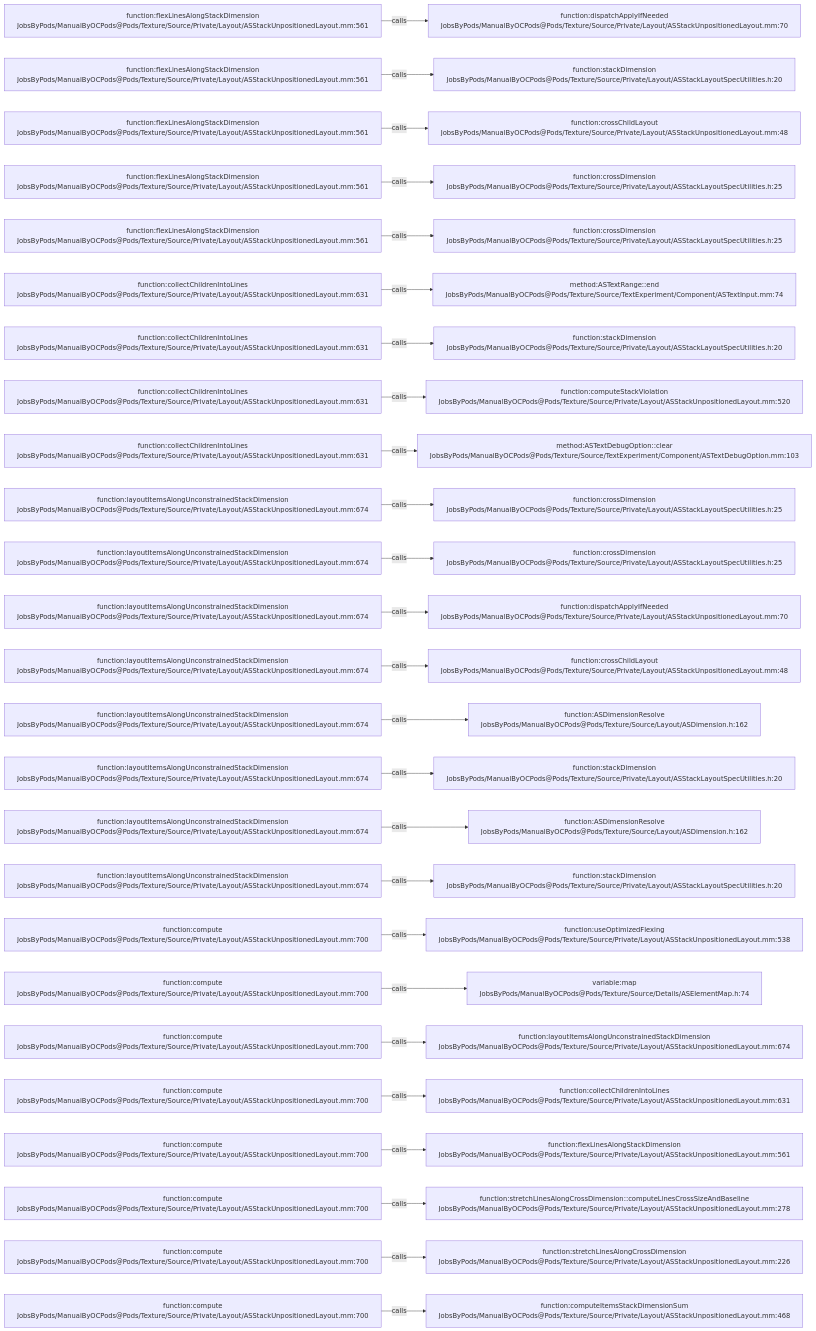
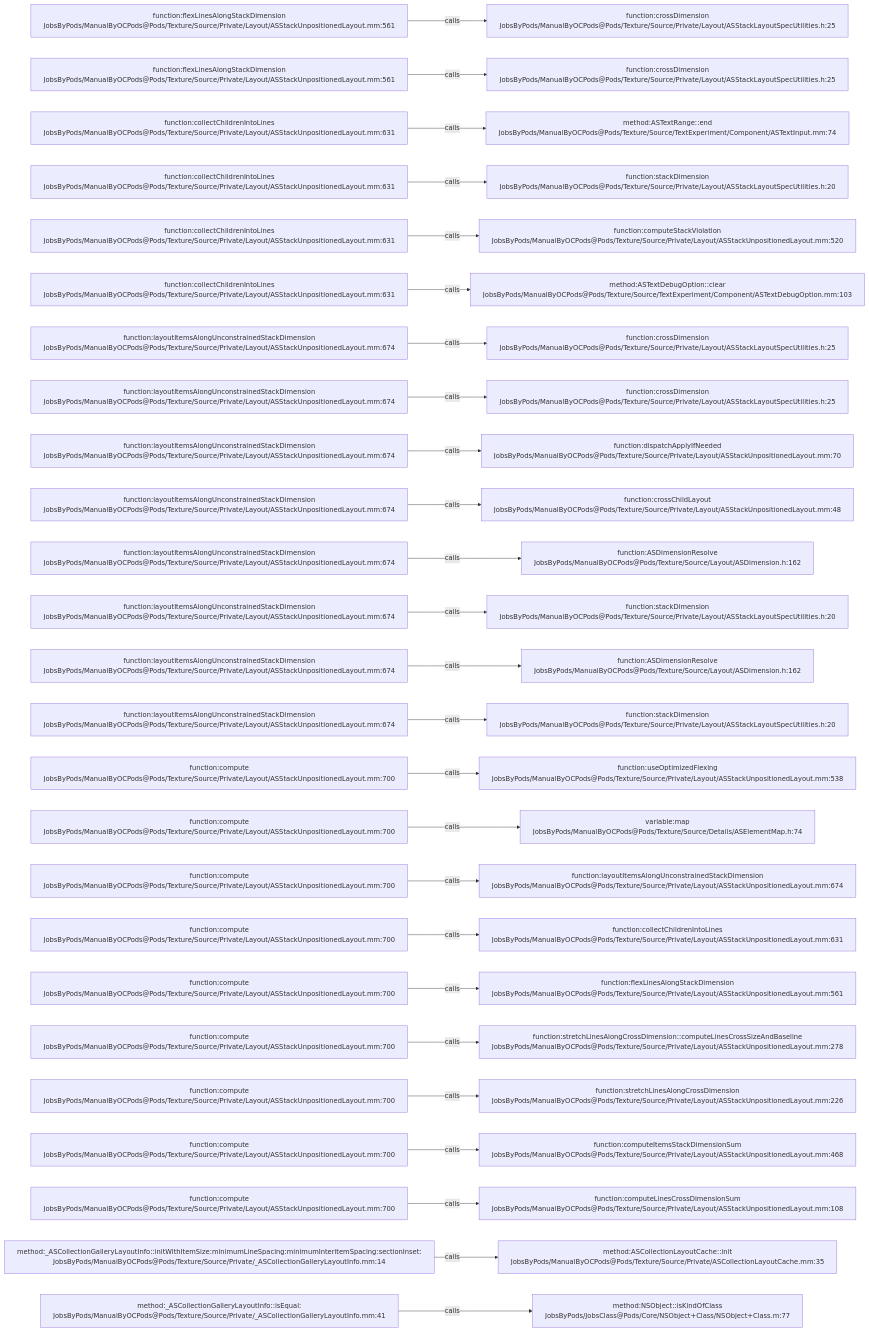
The diagram in .codegraph/codegraph.md/graphs/calls-198.md (JobsKits/JobsOCBaseConfigDemo), drawn with Mermaid before and after one commit. The commit also changed 342 other files, not shown here.

````diff
--- a/.codegraph/codegraph.md/graphs/calls-198.md
+++ b/.codegraph/codegraph.md/graphs/calls-198.md
@@ -13,78 +13,78 @@
 ```mermaid
 flowchart LR
   S1["function:flexLinesAlongStackDimension<br/>JobsByPods/ManualByOCPods@Pods/Texture/Source/Private/Layout/ASStackUnpositionedLayout.mm:561"]
-  T1["function:dispatchApplyIfNeeded<br/>JobsByPods/ManualByOCPods@Pods/Texture/Source/Private/Layout/ASStackUnpositionedLayout.mm:70"]
+  T1["function:crossDimension<br/>JobsByPods/ManualByOCPods@Pods/Texture/Source/Private/Layout/ASStackLayoutSpecUtilities.h:25"]
   S1 -->|calls| T1
   S2["function:flexLinesAlongStackDimension<br/>JobsByPods/ManualByOCPods@Pods/Texture/Source/Private/Layout/ASStackUnpositionedLayout.mm:561"]
-  T2["function:stackDimension<br/>JobsByPods/ManualByOCPods@Pods/Texture/Source/Private/Layout/ASStackLayoutSpecUtilities.h:20"]
+  T2["function:crossDimension<br/>JobsByPods/ManualByOCPods@Pods/Texture/Source/Private/Layout/ASStackLayoutSpecUtilities.h:25"]
   S2 -->|calls| T2
-  S3["function:flexLinesAlongStackDimension<br/>JobsByPods/ManualByOCPods@Pods/Texture/Source/Private/Layout/ASStackUnpositionedLayout.mm:561"]
-  T3["function:crossChildLayout<br/>JobsByPods/ManualByOCPods@Pods/Texture/Source/Private/Layout/ASStackUnpositionedLayout.mm:48"]
+  S3["function:collectChildrenIntoLines<br/>JobsByPods/ManualByOCPods@Pods/Texture/Source/Private/Layout/ASStackUnpositionedLayout.mm:631"]
+  T3["method:ASTextRange::end<br/>JobsByPods/ManualByOCPods@Pods/Texture/Source/TextExperiment/Component/ASTextInput.mm:74"]
   S3 -->|calls| T3
-  S4["function:flexLinesAlongStackDimension<br/>JobsByPods/ManualByOCPods@Pods/Texture/Source/Private/Layout/ASStackUnpositionedLayout.mm:561"]
-  T4["function:crossDimension<br/>JobsByPods/ManualByOCPods@Pods/Texture/Source/Private/Layout/ASStackLayoutSpecUtilities.h:25"]
+  S4["function:collectChildrenIntoLines<br/>JobsByPods/ManualByOCPods@Pods/Texture/Source/Private/Layout/ASStackUnpositionedLayout.mm:631"]
+  T4["function:stackDimension<br/>JobsByPods/ManualByOCPods@Pods/Texture/Source/Private/Layout/ASStackLayoutSpecUtilities.h:20"]
   S4 -->|calls| T4
-  S5["function:flexLinesAlongStackDimension<br/>JobsByPods/ManualByOCPods@Pods/Texture/Source/Private/Layout/ASStackUnpositionedLayout.mm:561"]
-  T5["function:crossDimension<br/>JobsByPods/ManualByOCPods@Pods/Texture/Source/Private/Layout/ASStackLayoutSpecUtilities.h:25"]
+  S5["function:collectChildrenIntoLines<br/>JobsByPods/ManualByOCPods@Pods/Texture/Source/Private/Layout/ASStackUnpositionedLayout.mm:631"]
+  T5["function:computeStackViolation<br/>JobsByPods/ManualByOCPods@Pods/Texture/Source/Private/Layout/ASStackUnpositionedLayout.mm:520"]
   S5 -->|calls| T5
   S6["function:collectChildrenIntoLines<br/>JobsByPods/ManualByOCPods@Pods/Texture/Source/Private/Layout/ASStackUnpositionedLayout.mm:631"]
-  T6["method:ASTextRange::end<br/>JobsByPods/ManualByOCPods@Pods/Texture/Source/TextExperiment/Component/ASTextInput.mm:74"]
+  T6["method:ASTextDebugOption::clear<br/>JobsByPods/ManualByOCPods@Pods/Texture/Source/TextExperiment/Component/ASTextDebugOption.mm:103"]
   S6 -->|calls| T6
-  S7["function:collectChildrenIntoLines<br/>JobsByPods/ManualByOCPods@Pods/Texture/Source/Private/Layout/ASStackUnpositionedLayout.mm:631"]
-  T7["function:stackDimension<br/>JobsByPods/ManualByOCPods@Pods/Texture/Source/Private/Layout/ASStackLayoutSpecUtilities.h:20"]
+  S7["function:layoutItemsAlongUnconstrainedStackDimension<br/>JobsByPods/ManualByOCPods@Pods/Texture/Source/Private/Layout/ASStackUnpositionedLayout.mm:674"]
+  T7["function:crossDimension<br/>JobsByPods/ManualByOCPods@Pods/Texture/Source/Private/Layout/ASStackLayoutSpecUtilities.h:25"]
   S7 -->|calls| T7
-  S8["function:collectChildrenIntoLines<br/>JobsByPods/ManualByOCPods@Pods/Texture/Source/Private/Layout/ASStackUnpositionedLayout.mm:631"]
-  T8["function:computeStackViolation<br/>JobsByPods/ManualByOCPods@Pods/Texture/Source/Private/Layout/ASStackUnpositionedLayout.mm:520"]
+  S8["function:layoutItemsAlongUnconstrainedStackDimension<br/>JobsByPods/ManualByOCPods@Pods/Texture/Source/Private/Layout/ASStackUnpositionedLayout.mm:674"]
+  T8["function:crossDimension<br/>JobsByPods/ManualByOCPods@Pods/Texture/Source/Private/Layout/ASStackLayoutSpecUtilities.h:25"]
   S8 -->|calls| T8
-  S9["function:collectChildrenIntoLines<br/>JobsByPods/ManualByOCPods@Pods/Texture/Source/Private/Layout/ASStackUnpositionedLayout.mm:631"]
-  T9["method:ASTextDebugOption::clear<br/>JobsByPods/ManualByOCPods@Pods/Texture/Source/TextExperiment/Component/ASTextDebugOption.mm:103"]
+  S9["function:layoutItemsAlongUnconstrainedStackDimension<br/>JobsByPods/ManualByOCPods@Pods/Texture/Source/Private/Layout/ASStackUnpositionedLayout.mm:674"]
+  T9["function:dispatchApplyIfNeeded<br/>JobsByPods/ManualByOCPods@Pods/Texture/Source/Private/Layout/ASStackUnpositionedLayout.mm:70"]
   S9 -->|calls| T9
   S10["function:layoutItemsAlongUnconstrainedStackDimension<br/>JobsByPods/ManualByOCPods@Pods/Texture/Source/Private/Layout/ASStackUnpositionedLayout.mm:674"]
-  T10["function:crossDimension<br/>JobsByPods/ManualByOCPods@Pods/Texture/Source/Private/Layout/ASStackLayoutSpecUtilities.h:25"]
+  T10["function:crossChildLayout<br/>JobsByPods/ManualByOCPods@Pods/Texture/Source/Private/Layout/ASStackUnpositionedLayout.mm:48"]
   S10 -->|calls| T10
   S11["function:layoutItemsAlongUnconstrainedStackDimension<br/>JobsByPods/ManualByOCPods@Pods/Texture/Source/Private/Layout/ASStackUnpositionedLayout.mm:674"]
-  T11["function:crossDimension<br/>JobsByPods/ManualByOCPods@Pods/Texture/Source/Private/Layout/ASStackLayoutSpecUtilities.h:25"]
+  T11["function:ASDimensionResolve<br/>JobsByPods/ManualByOCPods@Pods/Texture/Source/Layout/ASDimension.h:162"]
   S11 -->|calls| T11
   S12["function:layoutItemsAlongUnconstrainedStackDimension<br/>JobsByPods/ManualByOCPods@Pods/Texture/Source/Private/Layout/ASStackUnpositionedLayout.mm:674"]
-  T12["function:dispatchApplyIfNeeded<br/>JobsByPods/ManualByOCPods@Pods/Texture/Source/Private/Layout/ASStackUnpositionedLayout.mm:70"]
+  T12["function:stackDimension<br/>JobsByPods/ManualByOCPods@Pods/Texture/Source/Private/Layout/ASStackLayoutSpecUtilities.h:20"]
   S12 -->|calls| T12
   S13["function:layoutItemsAlongUnconstrainedStackDimension<br/>JobsByPods/ManualByOCPods@Pods/Texture/Source/Private/Layout/ASStackUnpositionedLayout.mm:674"]
-  T13["function:crossChildLayout<br/>JobsByPods/ManualByOCPods@Pods/Texture/Source/Private/Layout/ASStackUnpositionedLayout.mm:48"]
+  T13["function:ASDimensionResolve<br/>JobsByPods/ManualByOCPods@Pods/Texture/Source/Layout/ASDimension.h:162"]
   S13 -->|calls| T13
   S14["function:layoutItemsAlongUnconstrainedStackDimension<br/>JobsByPods/ManualByOCPods@Pods/Texture/Source/Private/Layout/ASStackUnpositionedLayout.mm:674"]
-  T14["function:ASDimensionResolve<br/>JobsByPods/ManualByOCPods@Pods/Texture/Source/Layout/ASDimension.h:162"]
+  T14["function:stackDimension<br/>JobsByPods/ManualByOCPods@Pods/Texture/Source/Private/Layout/ASStackLayoutSpecUtilities.h:20"]
   S14 -->|calls| T14
-  S15["function:layoutItemsAlongUnconstrainedStackDimension<br/>JobsByPods/ManualByOCPods@Pods/Texture/Source/Private/Layout/ASStackUnpositionedLayout.mm:674"]
-  T15["function:stackDimension<br/>JobsByPods/ManualByOCPods@Pods/Texture/Source/Private/Layout/ASStackLayoutSpecUtilities.h:20"]
+  S15["function:compute<br/>JobsByPods/ManualByOCPods@Pods/Texture/Source/Private/Layout/ASStackUnpositionedLayout.mm:700"]
+  T15["function:useOptimizedFlexing<br/>JobsByPods/ManualByOCPods@Pods/Texture/Source/Private/Layout/ASStackUnpositionedLayout.mm:538"]
   S15 -->|calls| T15
-  S16["function:layoutItemsAlongUnconstrainedStackDimension<br/>JobsByPods/ManualByOCPods@Pods/Texture/Source/Private/Layout/ASStackUnpositionedLayout.mm:674"]
-  T16["function:ASDimensionResolve<br/>JobsByPods/ManualByOCPods@Pods/Texture/Source/Layout/ASDimension.h:162"]
+  S16["function:compute<br/>JobsByPods/ManualByOCPods@Pods/Texture/Source/Private/Layout/ASStackUnpositionedLayout.mm:700"]
+  T16["variable:map<br/>JobsByPods/ManualByOCPods@Pods/Texture/Source/Details/ASElementMap.h:74"]
   S16 -->|calls| T16
-  S17["function:layoutItemsAlongUnconstrainedStackDimension<br/>JobsByPods/ManualByOCPods@Pods/Texture/Source/Private/Layout/ASStackUnpositionedLayout.mm:674"]
-  T17["function:stackDimension<br/>JobsByPods/ManualByOCPods@Pods/Texture/Source/Private/Layout/ASStackLayoutSpecUtilities.h:20"]
+  S17["function:compute<br/>JobsByPods/ManualByOCPods@Pods/Texture/Source/Private/Layout/ASStackUnpositionedLayout.mm:700"]
+  T17["function:layoutItemsAlongUnconstrainedStackDimension<br/>JobsByPods/ManualByOCPods@Pods/Texture/Source/Private/Layout/ASStackUnpositionedLayout.mm:674"]
   S17 -->|calls| T17
   S18["function:compute<br/>JobsByPods/ManualByOCPods@Pods/Texture/Source/Private/Layout/ASStackUnpositionedLayout.mm:700"]
-  T18["function:useOptimizedFlexing<br/>JobsByPods/ManualByOCPods@Pods/Texture/Source/Private/Layout/ASStackUnpositionedLayout.mm:538"]
+  T18["function:collectChildrenIntoLines<br/>JobsByPods/ManualByOCPods@Pods/Texture/Source/Private/Layout/ASStackUnpositionedLayout.mm:631"]
   S18 -->|calls| T18
   S19["function:compute<br/>JobsByPods/ManualByOCPods@Pods/Texture/Source/Private/Layout/ASStackUnpositionedLayout.mm:700"]
-  T19["variable:map<br/>JobsByPods/ManualByOCPods@Pods/Texture/Source/Details/ASElementMap.h:74"]
+  T19["function:flexLinesAlongStackDimension<br/>JobsByPods/ManualByOCPods@Pods/Texture/Source/Private/Layout/ASStackUnpositionedLayout.mm:561"]
   S19 -->|calls| T19
   S20["function:compute<br/>JobsByPods/ManualByOCPods@Pods/Texture/Source/Private/Layout/ASStackUnpositionedLayout.mm:700"]
-  T20["function:layoutItemsAlongUnconstrainedStackDimension<br/>JobsByPods/ManualByOCPods@Pods/Texture/Source/Private/Layout/ASStackUnpositionedLayout.mm:674"]
+  T20["function:stretchLinesAlongCrossDimension::computeLinesCrossSizeAndBaseline<br/>JobsByPods/ManualByOCPods@Pods/Texture/Source/Private/Layout/ASStackUnpositionedLayout.mm:278"]
   S20 -->|calls| T20
   S21["function:compute<br/>JobsByPods/ManualByOCPods@Pods/Texture/Source/Private/Layout/ASStackUnpositionedLayout.mm:700"]
-  T21["function:collectChildrenIntoLines<br/>JobsByPods/ManualByOCPods@Pods/Texture/Source/Private/Layout/ASStackUnpositionedLayout.mm:631"]
+  T21["function:stretchLinesAlongCrossDimension<br/>JobsByPods/ManualByOCPods@Pods/Texture/Source/Private/Layout/ASStackUnpositionedLayout.mm:226"]
   S21 -->|calls| T21
   S22["function:compute<br/>JobsByPods/ManualByOCPods@Pods/Texture/Source/Private/Layout/ASStackUnpositionedLayout.mm:700"]
-  T22["function:flexLinesAlongStackDimension<br/>JobsByPods/ManualByOCPods@Pods/Texture/Source/Private/Layout/ASStackUnpositionedLayout.mm:561"]
+  T22["function:computeItemsStackDimensionSum<br/>JobsByPods/ManualByOCPods@Pods/Texture/Source/Private/Layout/ASStackUnpositionedLayout.mm:468"]
   S22 -->|calls| T22
   S23["function:compute<br/>JobsByPods/ManualByOCPods@Pods/Texture/Source/Private/Layout/ASStackUnpositionedLayout.mm:700"]
-  T23["function:stretchLinesAlongCrossDimension::computeLinesCrossSizeAndBaseline<br/>JobsByPods/ManualByOCPods@Pods/Texture/Source/Private/Layout/ASStackUnpositionedLayout.mm:278"]
+  T23["function:computeLinesCrossDimensionSum<br/>JobsByPods/ManualByOCPods@Pods/Texture/Source/Private/Layout/ASStackUnpositionedLayout.mm:108"]
   S23 -->|calls| T23
-  S24["function:compute<br/>JobsByPods/ManualByOCPods@Pods/Texture/Source/Private/Layout/ASStackUnpositionedLayout.mm:700"]
-  T24["function:stretchLinesAlongCrossDimension<br/>JobsByPods/ManualByOCPods@Pods/Texture/Source/Private/Layout/ASStackUnpositionedLayout.mm:226"]
+  S24["method:_ASCollectionGalleryLayoutInfo::initWithItemSize:minimumLineSpacing:minimumInteritemSpacing:sectionInset:<br/>JobsByPods/ManualByOCPods@Pods/Texture/Source/Private/_ASCollectionGalleryLayoutInfo.mm:14"]
+  T24["method:ASCollectionLayoutCache::init<br/>JobsByPods/ManualByOCPods@Pods/Texture/Source/Private/ASCollectionLayoutCache.mm:35"]
   S24 -->|calls| T24
-  S25["function:compute<br/>JobsByPods/ManualByOCPods@Pods/Texture/Source/Private/Layout/ASStackUnpositionedLayout.mm:700"]
-  T25["function:computeItemsStackDimensionSum<br/>JobsByPods/ManualByOCPods@Pods/Texture/Source/Private/Layout/ASStackUnpositionedLayout.mm:468"]
+  S25["method:_ASCollectionGalleryLayoutInfo::isEqual:<br/>JobsByPods/ManualByOCPods@Pods/Texture/Source/Private/_ASCollectionGalleryLayoutInfo.mm:41"]
+  T25["method:NSObject::isKindOfClass<br/>JobsByPods/JobsClass@Pods/Core/NSObject+Class/NSObject+Class.m:77"]
   S25 -->|calls| T25
 ```
````
